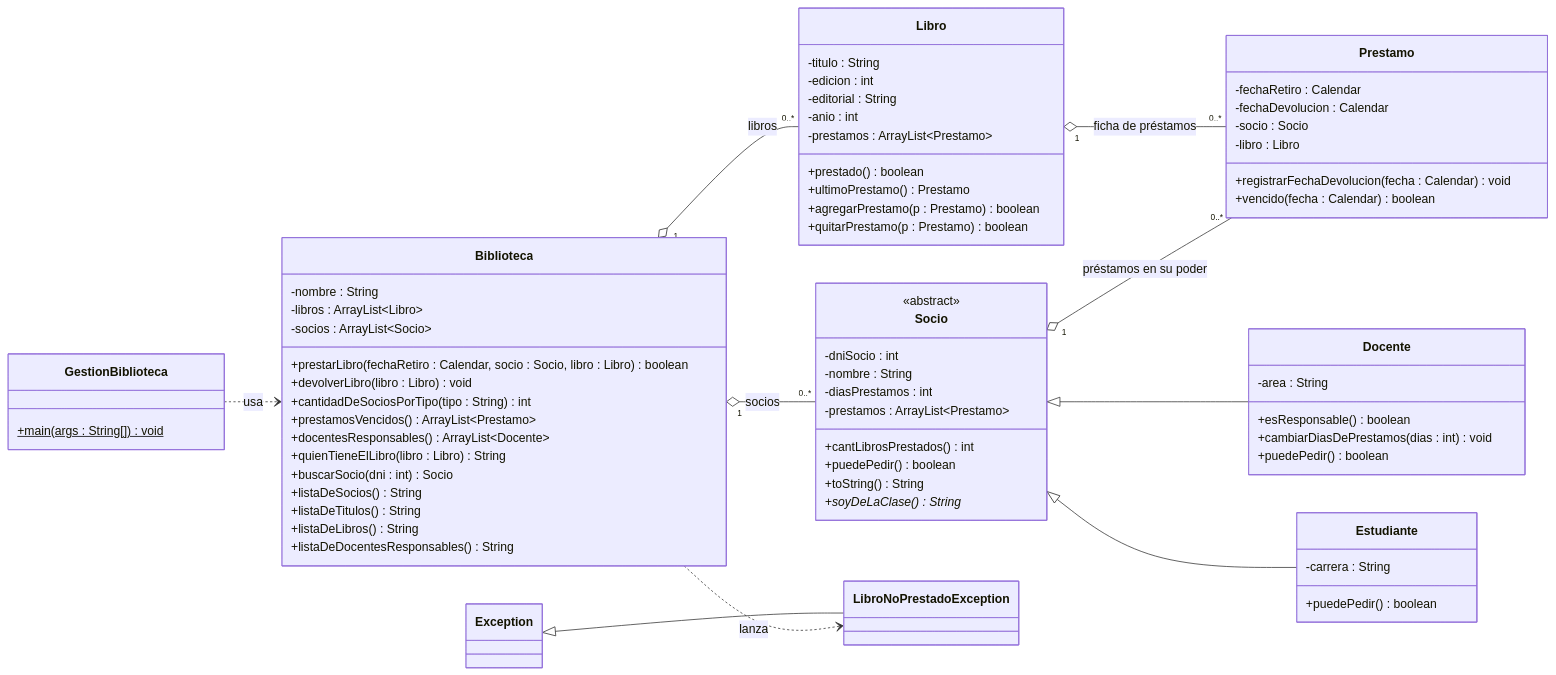
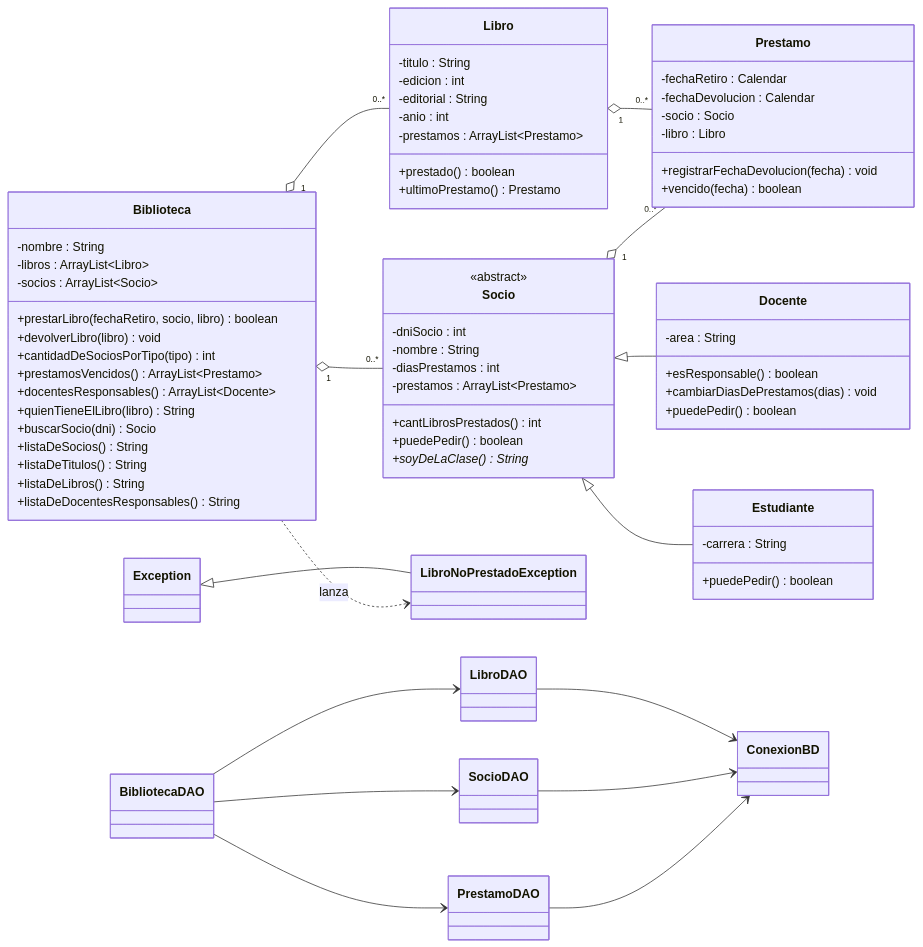
Before and after one commit to MiltonRodx/integrador-poo: the first of 2 diagrams in README.md, drawn with Mermaid. The commit also changed other lines of this file, not shown here.

````diff
--- a/README.md
+++ b/README.md
@@ -68,13 +87,13 @@
         -nombre : String
         -libros : ArrayList~Libro~
         -socios : ArrayList~Socio~
-        +prestarLibro(fechaRetiro : Calendar, socio : Socio, libro : Libro) boolean
-        +devolverLibro(libro : Libro) void
-        +cantidadDeSociosPorTipo(tipo : String) int
+        +prestarLibro(fechaRetiro, socio, libro) boolean
+        +devolverLibro(libro) void
+        +cantidadDeSociosPorTipo(tipo) int
         +prestamosVencidos() ArrayList~Prestamo~
         +docentesResponsables() ArrayList~Docente~
-        +quienTieneElLibro(libro : Libro) String
-        +buscarSocio(dni : int) Socio
+        +quienTieneElLibro(libro) String
+        +buscarSocio(dni) Socio
         +listaDeSocios() String
         +listaDeTitulos() String
         +listaDeLibros() String
@@ -89,14 +108,13 @@
         -prestamos : ArrayList~Prestamo~
         +cantLibrosPrestados() int
         +puedePedir() boolean
-        +toString() String
         +soyDeLaClase()* String
     }
 
     class Docente {
         -area : String
         +esResponsable() boolean
-        +cambiarDiasDePrestamos(dias : int) void
+        +cambiarDiasDePrestamos(dias) void
         +puedePedir() boolean
     }
 
@@ -113,8 +131,6 @@
         -prestamos : ArrayList~Prestamo~
         +prestado() boolean
         +ultimoPrestamo() Prestamo
-        +agregarPrestamo(p : Prestamo) boolean
-        +quitarPrestamo(p : Prestamo) boolean
     }
 
     class Prestamo {
@@ -122,22 +138,31 @@
         -fechaDevolucion : Calendar
         -socio : Socio
         -libro : Libro
-        +registrarFechaDevolucion(fecha : Calendar) void
-        +vencido(fecha : Calendar) boolean
+        +registrarFechaDevolucion(fecha) void
+        +vencido(fecha) boolean
     }
 
     class LibroNoPrestadoException
-    class GestionBiblioteca {
-        +main(args : String[]) void$
-    }
+
+    class ConexionBD
+    class BibliotecaDAO
+    class LibroDAO
+    class SocioDAO
+    class PrestamoDAO
 
     Socio <|-- Docente
     Socio <|-- Estudiante
     Exception <|-- LibroNoPrestadoException
-    Biblioteca "1" o-- "0..*" Libro : libros
-    Biblioteca "1" o-- "0..*" Socio : socios
-    Libro "1" o-- "0..*" Prestamo : ficha de préstamos
-    Socio "1" o-- "0..*" Prestamo : préstamos en su poder
+    Biblioteca "1" o-- "0..*" Libro
+    Biblioteca "1" o-- "0..*" Socio
+    Libro "1" o-- "0..*" Prestamo
+    Socio "1" o-- "0..*" Prestamo
     Biblioteca ..> LibroNoPrestadoException : lanza
-    GestionBiblioteca ..> Biblioteca : usa
+
+    BibliotecaDAO --> LibroDAO
+    BibliotecaDAO --> SocioDAO
+    BibliotecaDAO --> PrestamoDAO
+    LibroDAO --> ConexionBD
+    SocioDAO --> ConexionBD
+    PrestamoDAO --> ConexionBD
 ```
````
